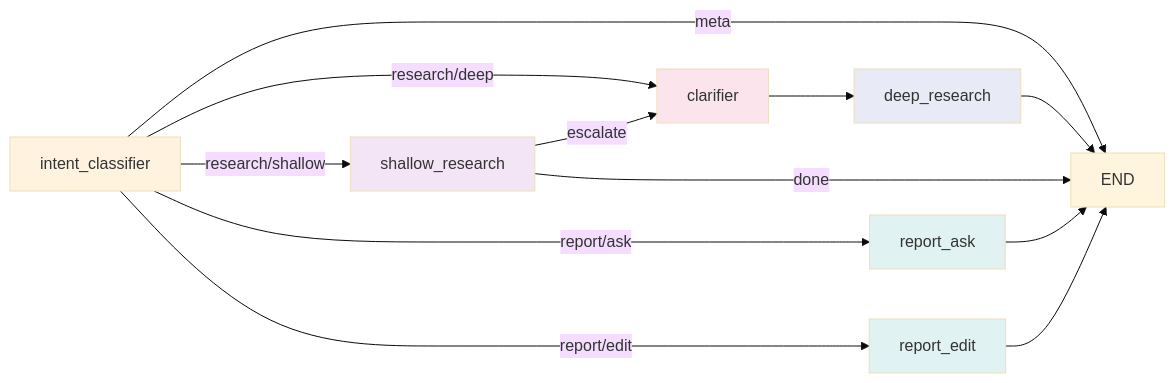
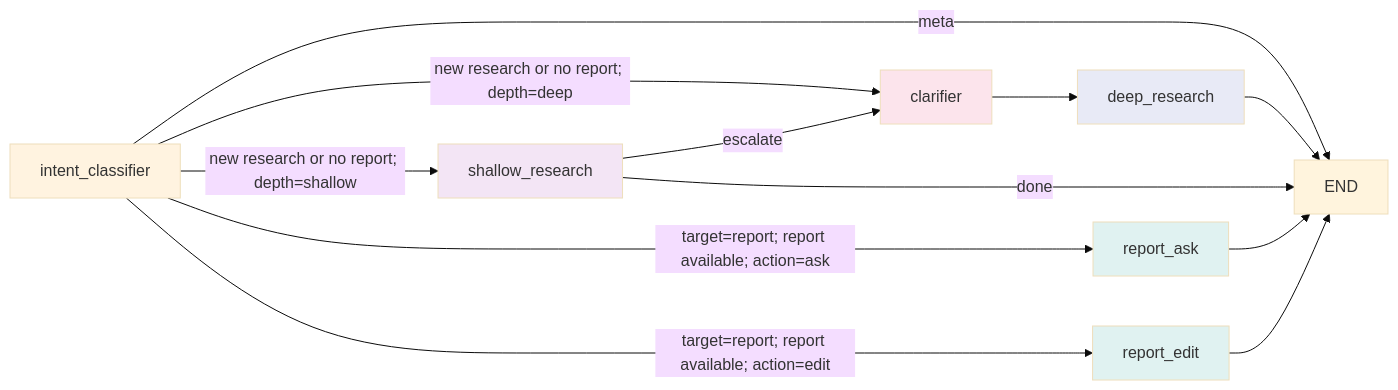
One commit to NVIDIA-AI-Blueprints/aiq changed the diagram in docs/source/architecture/overview.md. Above: the diagram before and after it, drawn with Mermaid (base theme). The commit also changed other lines of this file, not shown here.

Commit message:
docs: clarify report routing contract

````diff
--- a/docs/source/architecture/overview.md
+++ b/docs/source/architecture/overview.md
@@ -62,21 +62,21 @@
 ```mermaid
 graph LR
     IC[intent_classifier] -->|meta| END_NODE[END]
-    IC -->|"research/deep"| CL[clarifier]
-    IC -->|"research/shallow"| SR[shallow_research]
+    IC -->|"new research or no report; depth=deep"| CL[clarifier]
+    IC -->|"new research or no report; depth=shallow"| SR[shallow_research]
     SR -->|"escalate"| CL
     SR -->|"done"| END_NODE
-    IC -->|"report/ask"| RA[report_ask]
-    IC -->|"report/edit"| RE[report_edit]
+    IC -->|"target=report; report available; action=ask"| RA[report_ask]
+    IC -->|"target=report; report available; action=edit"| RE[report_edit]
     CL --> DR[deep_research]
     DR --> END_NODE
     RA --> END_NODE
     RE --> END_NODE
 
     style IC fill:#fff3e0
     style SR fill:#f3e5f5
     style CL fill:#fce4ec
     style DR fill:#e8eaf6
     style RA fill:#e0f2f1
     style RE fill:#e0f2f1
 ```
````
